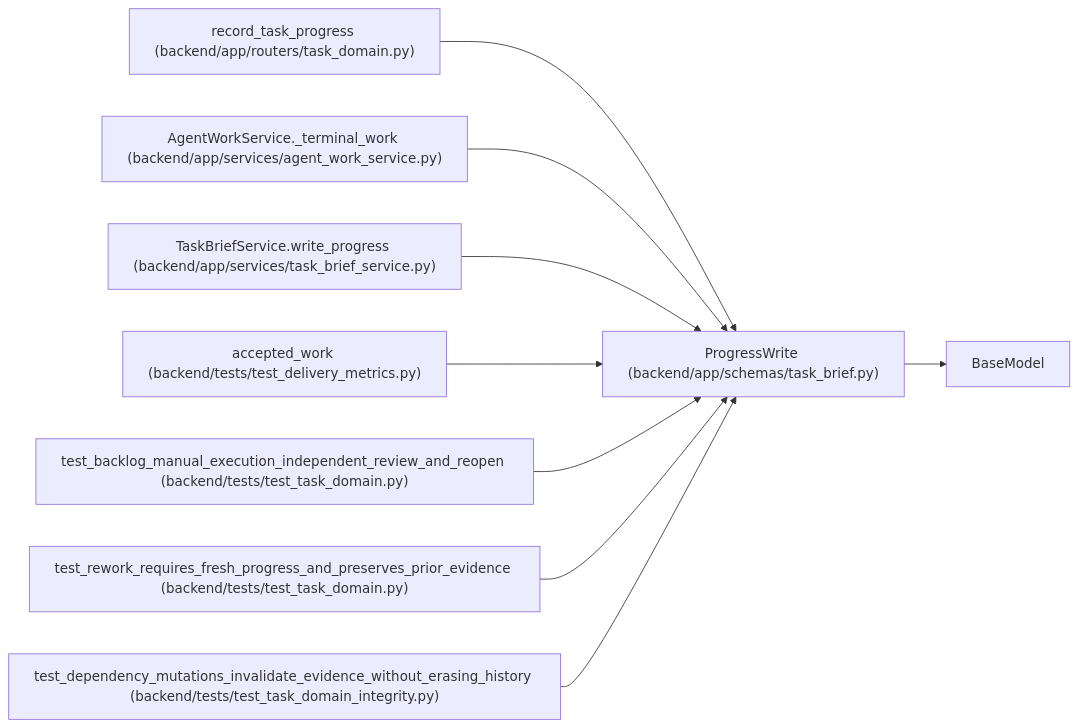
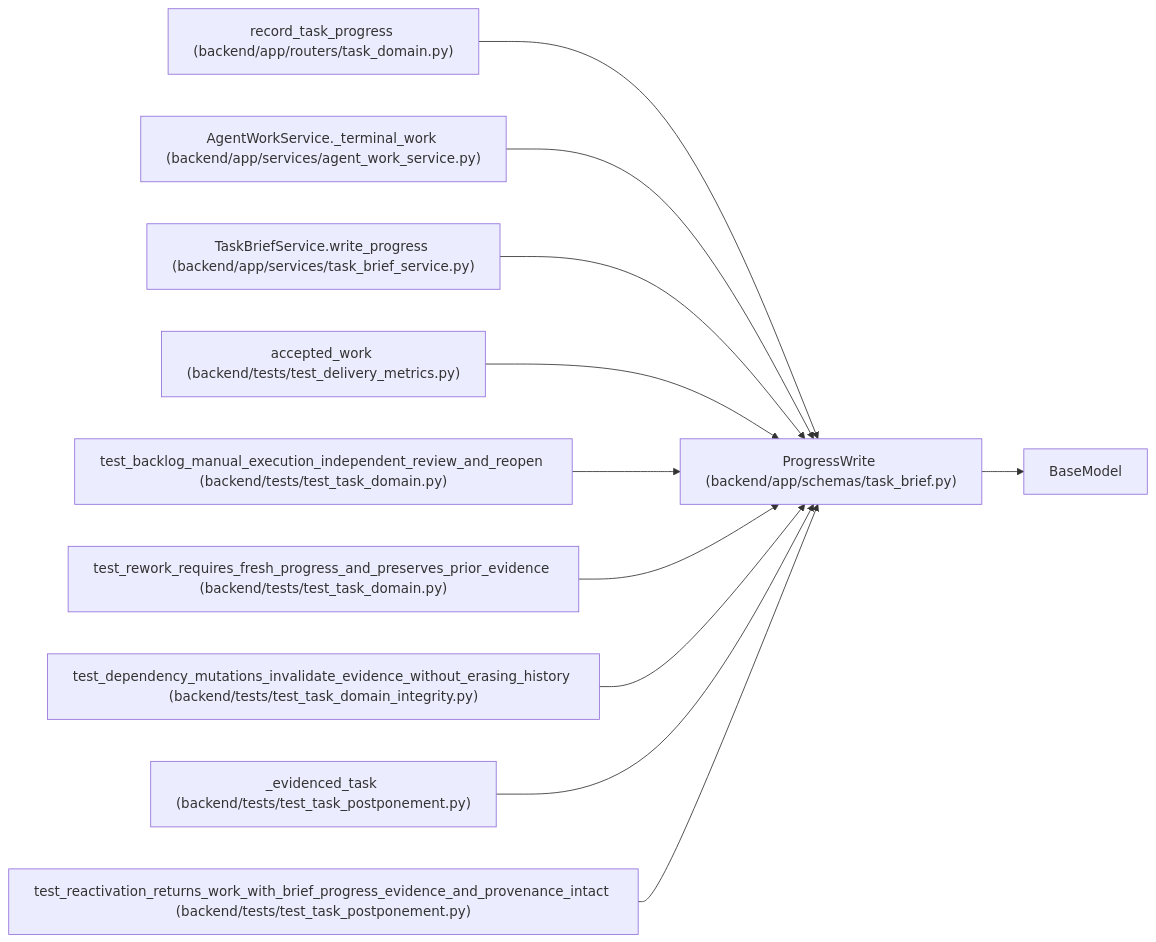
One commit to Denissvgn/WorkChord changed the diagram in docs/llm_wiki/entities/ProgressWrite.md. Above: the diagram before and after it, drawn with Mermaid. The commit also changed other lines of this file and 732 other files, not shown here.

Commit message:
Sync the architectural wiki for the postponed task status

````diff
--- a/docs/llm_wiki/entities/ProgressWrite.md
+++ b/docs/llm_wiki/entities/ProgressWrite.md
@@ -41,28 +41,34 @@
 ```mermaid
 flowchart LR
     n0["ProgressWrite (backend/app/schemas/task_brief.py)"]
     n1["BaseModel"]
     n2["record_task_progress (backend/app/routers/task_domain.py)"]
     n3["AgentWorkService._terminal_work (backend/app/services/agent_work_service.py)"]
     n4["TaskBriefService.write_progress (backend/app/services/task_brief_service.py)"]
     n5["accepted_work (backend/tests/test_delivery_metrics.py)"]
     n6["test_backlog_manual_execution_independent_review_and_reopen (backend/tests/test_task_domain.py)"]
     n7["test_rework_requires_fresh_progress_and_preserves_prior_evidence (backend/tests/test_task_domain.py)"]
     n8["test_dependency_mutations_invalidate_evidence_without_erasing_history (backend/tests/test_task_domain_integrity.py)"]
+    n9["_evidenced_task (backend/tests/test_task_postponement.py)"]
+    n10["test_reactivation_returns_work_with_brief_progress_evidence_and_provenance_intact (backend/tests/test_task_postponement.py)"]
     n0 --> n1
     n2 --> n0
     n3 --> n0
     n4 --> n0
     n5 --> n0
     n6 --> n0
     n7 --> n0
     n8 --> n0
+    n9 --> n0
+    n10 --> n0
     click n0 "../modules/schemas_task_brief.md"
     click n2 "../modules/routers_task_domain.md"
     click n3 "../modules/agent_work_service.md"
     click n4 "../modules/task_brief_service.md"
     click n5 "../modules/test_delivery_metrics.md"
     click n6 "../modules/test_task_domain.md"
     click n7 "../modules/test_task_domain.md"
     click n8 "../modules/test_task_domain_integrity.md"
+    click n9 "../modules/test_task_postponement.md"
+    click n10 "../modules/test_task_postponement.md"
 ```
````
